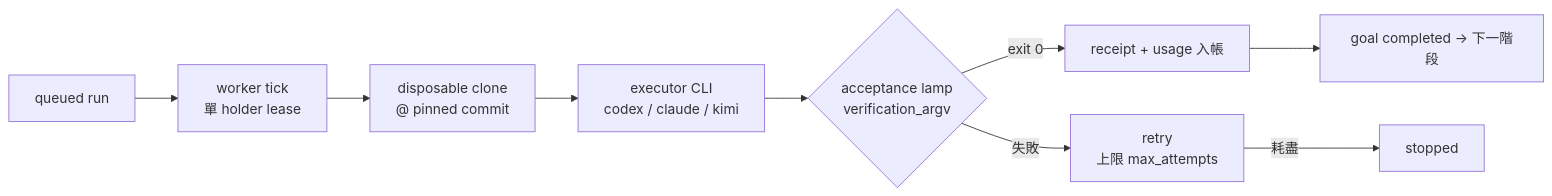
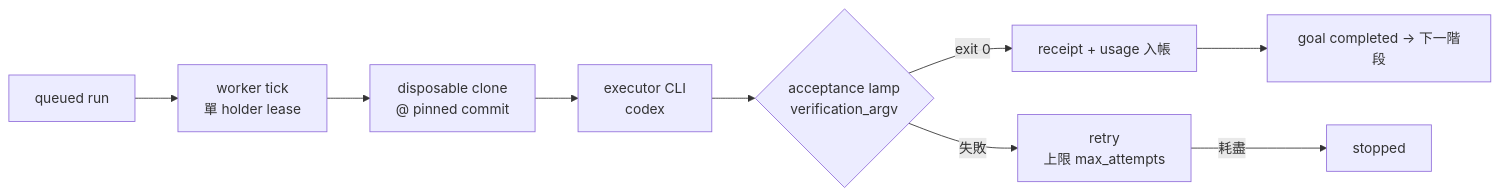
The second of 3 diagrams in README.md (justinyu73/loop-hybrid-2), drawn with Mermaid before and after one commit. The commit also changed other lines of this file and 35 other files, not shown here.

````diff
--- a/README.md
+++ b/README.md
@@ -52,11 +52,11 @@
 ```mermaid
 flowchart LR
     Q[queued run] --> W[worker tick<br/>單 holder lease]
     W --> CL[disposable clone<br/>@ pinned commit]
-    CL --> X[executor CLI<br/>codex / claude / kimi]
+    CL --> X[executor CLI<br/>codex]
     X --> V{acceptance lamp<br/>verification_argv}
     V -->|exit 0| RC[receipt + usage 入帳]
     V -->|失敗| RT[retry<br/>上限 max_attempts]
     RT -->|耗盡| ST[stopped]
     RC --> N2[goal completed → 下一階段]
 ```
````
